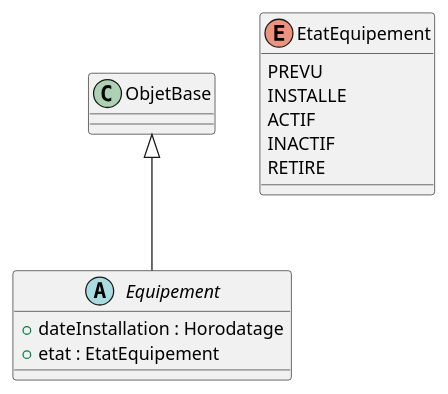
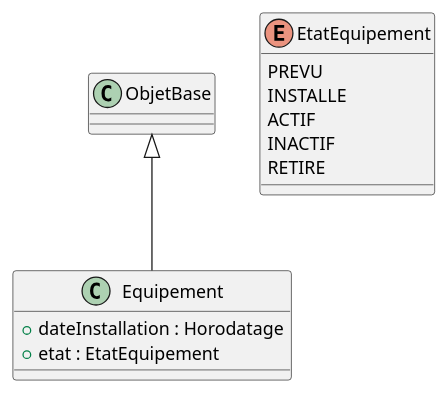
The diagram in src/class/include/equipement.iuml (beerfactory/brewbox-uml), drawn with PlantUML before and after one commit. The commit also changed 21 other files, not shown here.

```diff
--- a/src/class/include/equipement.iuml
+++ b/src/class/include/equipement.iuml
@@ -1,14 +1,14 @@
-abstract class Equipement {
+class Equipement {
     + dateInstallation : Horodatage
     + etat : EtatEquipement
 }
 
 enum EtatEquipement {
     PREVU
     INSTALLE
     ACTIF
     INACTIF
     RETIRE
 }
 
 ObjetBase <|-- Equipement
```
